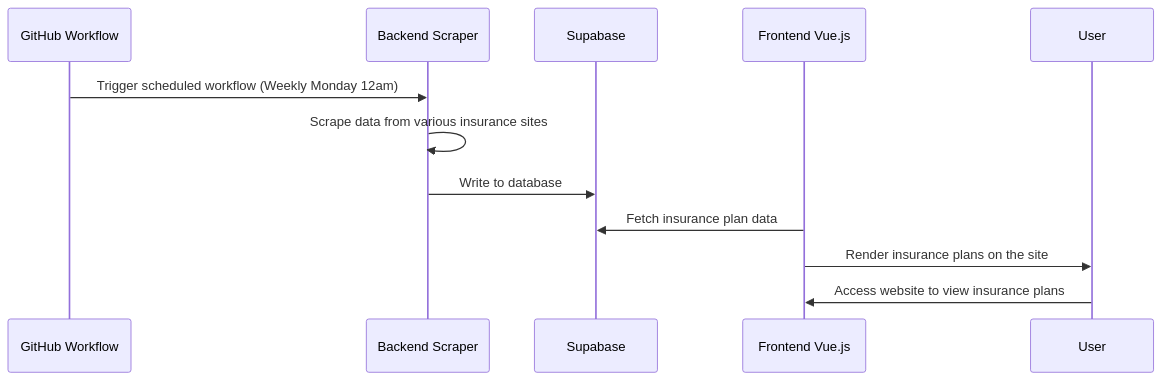
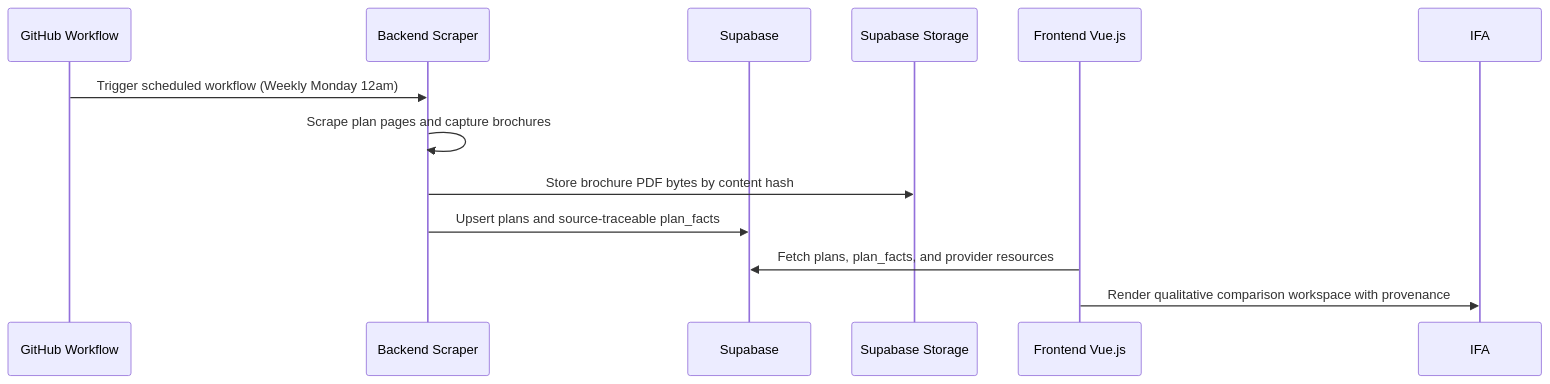
One commit to gongahkia/be-sure-ance changed the first of 2 diagrams in README.md. Above: the diagram before and after it, drawn with Mermaid. The commit also changed other lines of this file and 1 other file, not shown here.

Commit message:
Rewrite README for IFA positioning

````diff
--- a/README.md
+++ b/README.md
@@ -88,15 +85,16 @@
 ```mermaid
 sequenceDiagram
     participant GitHub Workflow
     participant Backend Scraper
     participant Supabase
+    participant Supabase Storage
     participant Frontend Vue.js
-    participant User
+    participant IFA
 
     GitHub Workflow->>Backend Scraper: Trigger scheduled workflow (Weekly Monday 12am)
-    Backend Scraper->>Backend Scraper: Scrape data from various insurance sites
-    Backend Scraper->>Supabase: Write to database
-    Frontend Vue.js->>Supabase: Fetch insurance plan data
-    Frontend Vue.js->>User: Render insurance plans on the site
-    User->>Frontend Vue.js: Access website to view insurance plans
+    Backend Scraper->>Backend Scraper: Scrape plan pages and capture brochures
+    Backend Scraper->>Supabase Storage: Store brochure PDF bytes by content hash
+    Backend Scraper->>Supabase: Upsert plans and source-traceable plan_facts
+    Frontend Vue.js->>Supabase: Fetch plans, plan_facts, and provider resources
+    Frontend Vue.js->>IFA: Render qualitative comparison workspace with provenance
 ```
````
